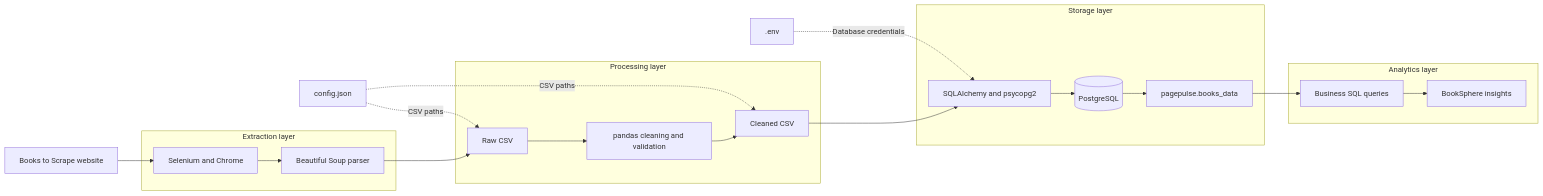
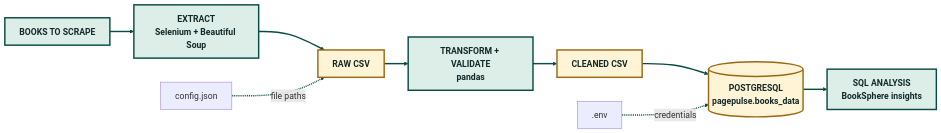
One commit to esodevops/pagepulse-booksite-etl-pipeline changed the diagram in README.md. Above: the diagram before and after it, drawn with Mermaid. The commit also changed other lines of this file and 2 other files, not shown here.

Commit message:
fix: add data validation and update README.md file

````diff
--- a/README.md
+++ b/README.md
@@ -20,34 +20,19 @@
 ```mermaid
+%%{init: {"themeVariables": {"fontSize": "18px", "lineColor": "#084c45"}}}%%
 flowchart LR
-    source["Books to Scrape website"]
+    source["BOOKS TO SCRAPE"] --> extract["EXTRACT<br/>Selenium + Beautiful Soup"]
+    extract --> raw["RAW CSV"]
+    raw --> transform["TRANSFORM + VALIDATE<br/>pandas"]
+    transform --> clean["CLEANED CSV"]
+    clean --> database[("POSTGRESQL<br/>pagepulse.books_data")]
+    database --> analytics["SQL ANALYSIS<br/>BookSphere insights"]
 
-    subgraph extraction["Extraction layer"]
-        selenium["Selenium and Chrome"]
-        parser["Beautiful Soup parser"]
-    end
+    config["config.json"] -. "file paths" .-> raw
+    env[".env"] -. "credentials" .-> database
 
-    subgraph processing["Processing layer"]
-        raw["Raw CSV"]
-        pandas["pandas cleaning and validation"]
-        clean["Cleaned CSV"]
-    end
-
-    subgraph storage["Storage layer"]
-        loader["SQLAlchemy and psycopg2"]
-        database[("PostgreSQL")]
-        table["pagepulse.books_data"]
-    end
-
-    subgraph analytics["Analytics layer"]
-        queries["Business SQL queries"]
-        insights["BookSphere insights"]
-    end
-
-    config["config.json"] -. "CSV paths" .-> raw
-    config -. "CSV paths" .-> clean
-    env[".env"] -. "Database credentials" .-> loader
-
-    source --> selenium --> parser --> raw
-    raw --> pandas --> clean --> loader
-    loader --> database --> table --> queries --> insights
+    classDef main fill:#dceee7,stroke:#084c45,stroke-width:3px,color:#132a2a,font-weight:bold;
+    classDef store fill:#fff4d6,stroke:#9b6812,stroke-width:3px,color:#132a2a,font-weight:bold;
+    class source,extract,transform,analytics main;
+    class raw,clean,database store;
+    linkStyle default stroke:#084c45,stroke-width:3px;
 ```
````
